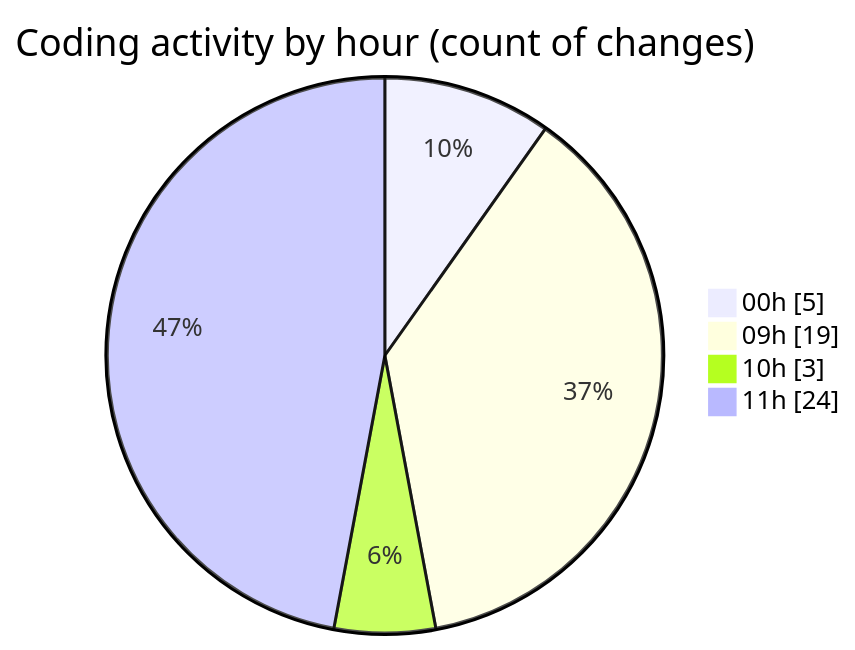
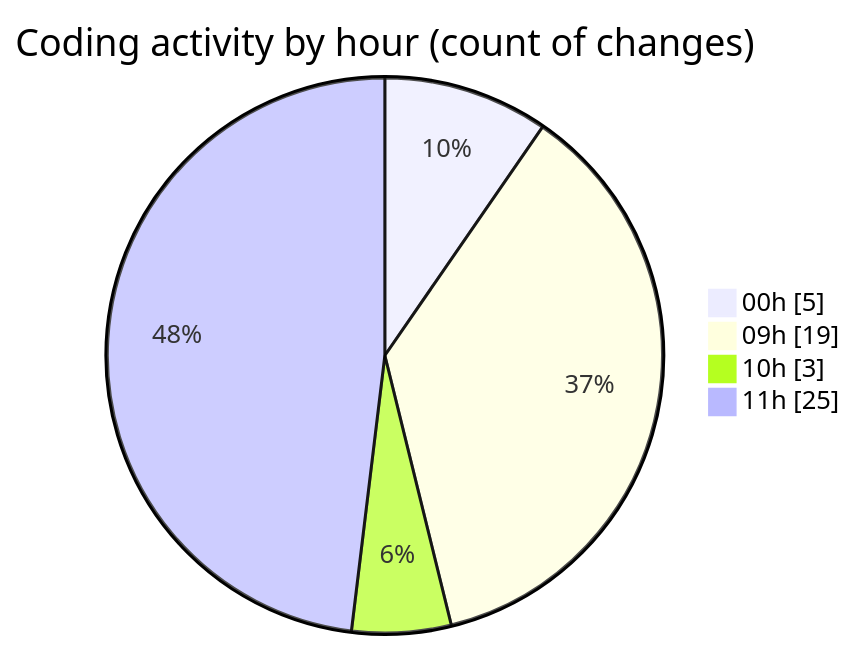
The second of 2 diagrams in 2025-11-19/eventscop-frontend-guide__workspace_/README.md (julien-gomy/code-tracking), drawn with Mermaid before and after one commit. The commit also changed other lines of this file and 1 other file, not shown here.

````diff
--- a/2025-11-19/eventscop-frontend-guide__workspace_/README.md
+++ b/2025-11-19/eventscop-frontend-guide__workspace_/README.md
@@ -47,8 +49,8 @@
 ```mermaid
 pie showData
 title Coding activity by hour (count of changes)
 "00h" : 5
 "09h" : 19
 "10h" : 3
-"11h" : 24
+"11h" : 25
 ```
````
